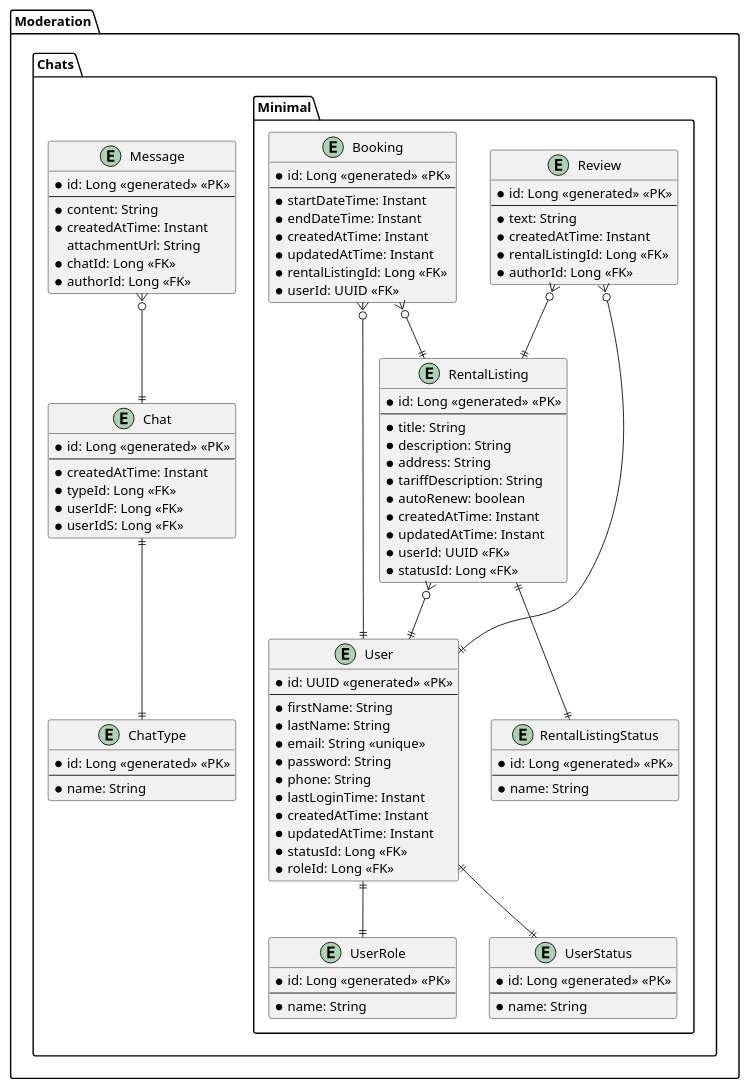
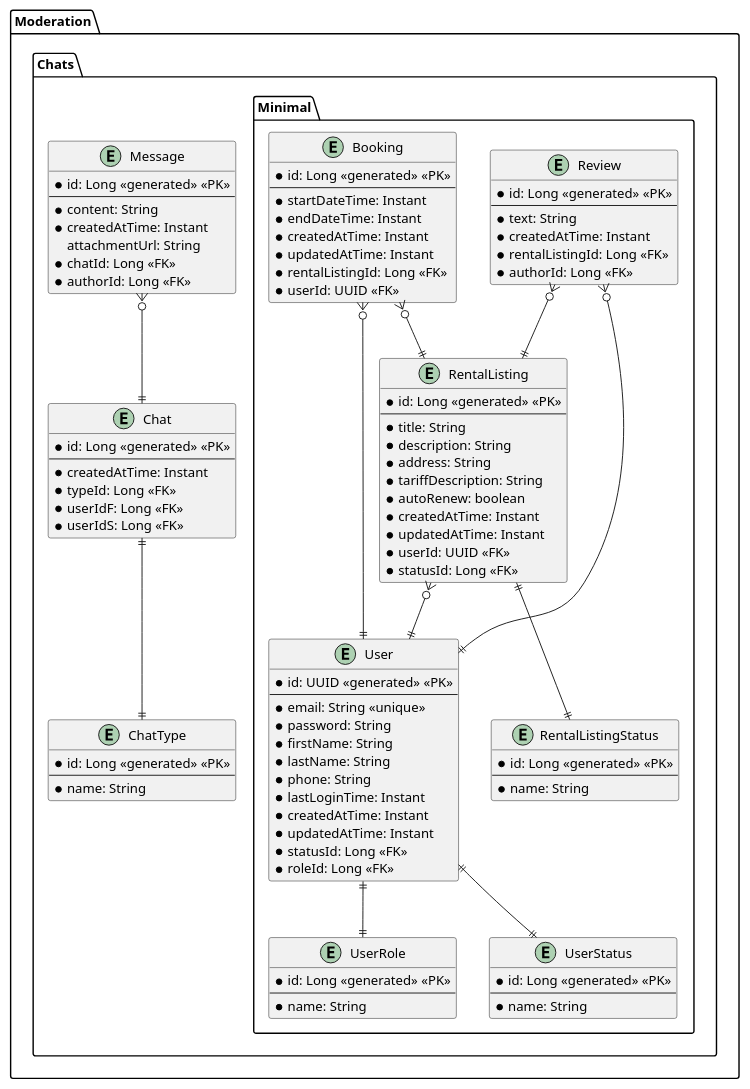
Before and after one commit to ruska112x/rentify-diploma: the diagram in misc/database.puml, drawn with PlantUML. The commit also changed other lines of this file and 11 other files, not shown here.

```diff
--- a/misc/database.puml
+++ b/misc/database.puml
@@ -1,132 +1,132 @@
 @startuml database
 allow_mixing
 
 scale max 1920 width
 scale max 1080 height
 
 left to right direction
 top to bottom direction
 
 
 package "Moderation" {
   package "Chats" {
     package "Minimal" {
       entity "User" as user {
         * id: UUID <<generated>> <<PK>>
         ---
+        * email: String <<unique>>
+        * password: String
         * firstName: String
         * lastName: String
-        * email: String <<unique>>
-        * password: String
         * phone: String
         * lastLoginTime: Instant
         * createdAtTime: Instant
         * updatedAtTime: Instant
         * statusId: Long <<FK>>
         * roleId: Long <<FK>>
       }
 
       ' USER, ADMIN, MODERATOR
       entity "UserRole" as userRole {
         * id: Long <<generated>> <<PK>>
         ---
         * name: String
       }
 
       ' ACTIVE, BLOCKED, DELETED
       entity "UserStatus" as userStatus {
         * id: Long <<generated>> <<PK>>
         ---
         * name: String
       }
 
       entity "RentalListing" as rentalListing {
         * id: Long <<generated>> <<PK>>
         ---
         * title: String
         * description: String
         * address: String
         * tariffDescription: String
         * autoRenew: boolean
         * createdAtTime: Instant
         * updatedAtTime: Instant
         * userId: UUID <<FK>>
         * statusId: Long <<FK>>
       }
 
       ' ACTIVE, BLOCKED, ONDELETION, DELETED
       entity "RentalListingStatus" as rentalListingStatus {
         * id: Long <<generated>> <<PK>>
         ---
         * name: String
       }
 
       entity "Booking" as booking {
         * id: Long <<generated>> <<PK>>
         ---
         * startDateTime: Instant
         * endDateTime: Instant
         * createdAtTime: Instant
         * updatedAtTime: Instant
         * rentalListingId: Long <<FK>>
         * userId: UUID <<FK>>
       }
 
       entity "Review" as review {
         * id: Long <<generated>> <<PK>>
         ---
         * text: String
         * createdAtTime: Instant
         * rentalListingId: Long <<FK>>
         * authorId: Long <<FK>>
       }
 
       user ||--|| userRole
       user ||--|| userStatus
 
       rentalListing }o--|| user
       rentalListing ||--|| rentalListingStatus
 
       booking }o--|| rentalListing
       booking }o--|| user
 
       review }o--|| user
       review }o--|| rentalListing
     }
 
     entity "Chat" as chat {
       * id: Long <<generated>> <<PK>>
       ---
       * createdAtTime: Instant
       * typeId: Long <<FK>>
       * userIdF: Long <<FK>>
       * userIdS: Long <<FK>>
     }
 
     entity "ChatType" as chatType {
       * id: Long <<generated>> <<PK>>
       ---
       * name: String
     }
 
     entity "Message" as message {
       * id: Long <<generated>> <<PK>>
       ---
       * content: String
       * createdAtTime: Instant
       attachmentUrl: String
       * chatId: Long <<FK>>
       * authorId: Long <<FK>>
     }
 
     ' chat }o--|| user
     ' chat }o--|| user
     chat ||--|| chatType
 
     message }o--|| chat
     ' message }o--|| user
   }
 }
 
 
 @enduml
```
